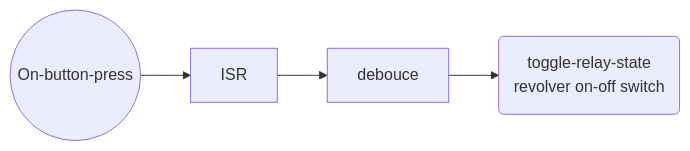
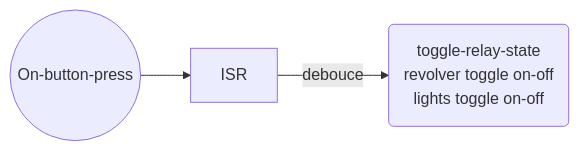
The fifth of 7 diagrams in README.md (Trappy-Scopes/pico-incubator), drawn with Mermaid before and after one commit. The commit also changed other lines of this file and 14 other files, not shown here.

````diff
--- a/README.md
+++ b/README.md
@@ -61,4 +94,4 @@
 ```mermaid
 graph LR
-	Button2((On-button-press)) --> ISR --> debouce --> toggle-relay("toggle-relay-state<br>revolver on-off switch")
+	Button2((On-button-press)) --> ISR --debouce--> toggle-relay("toggle-relay-state<br>revolver toggle on-off<br>lights toggle on-off")
 ```
````
